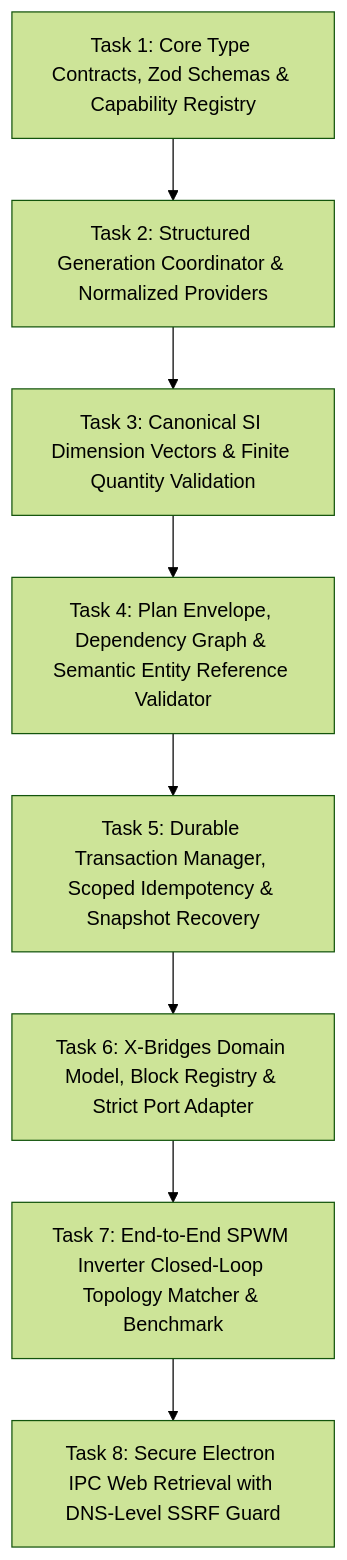
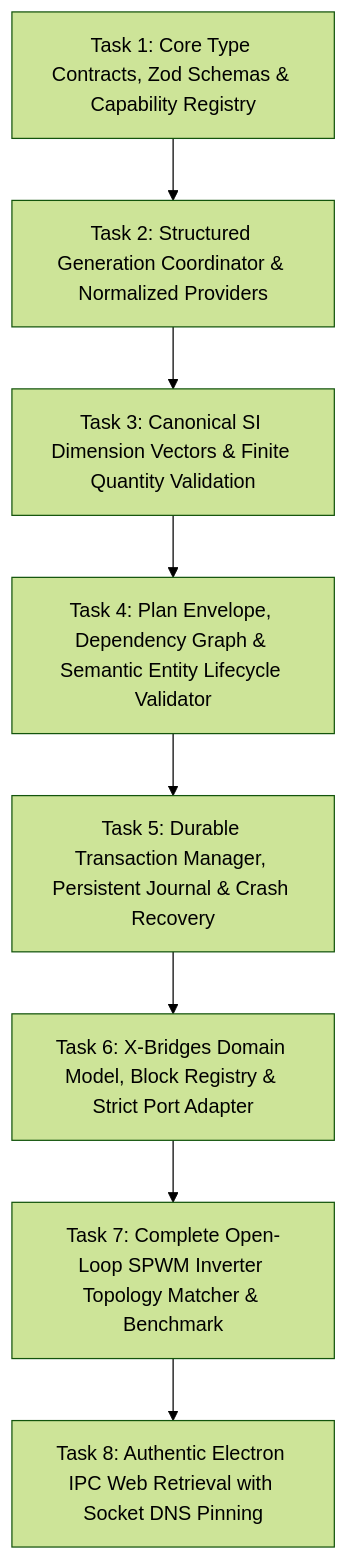
One commit to bassembiomy/ADAI- changed the diagram in docs/superpowers/plans/2026-08-18-adia-autonomous-ai-copilot.md. Above: the diagram before and after it, drawn with Mermaid (forest theme). The commit also changed other lines of this file, not shown here.

Commit message:
docs: finalize autonomous AI Copilot master implementation plan v3.2 with persistent journaling, 10-connection inverter topology matcher, and authentic Electron IPC retrieval

````diff
--- a/docs/superpowers/plans/2026-08-18-adia-autonomous-ai-copilot.md
+++ b/docs/superpowers/plans/2026-08-18-adia-autonomous-ai-copilot.md
@@ -31,10 +31,10 @@
 ```mermaid
 flowchart TD
     T1["Task 1: Core Type Contracts, Zod Schemas & Capability Registry"] --> T2["Task 2: Structured Generation Coordinator & Normalized Providers"]
     T2 --> T3["Task 3: Canonical SI Dimension Vectors & Finite Quantity Validation"]
-    T3 --> T4["Task 4: Plan Envelope, Dependency Graph & Semantic Entity Reference Validator"]
-    T4 --> T5["Task 5: Durable Transaction Manager, Scoped Idempotency & Snapshot Recovery"]
+    T3 --> T4["Task 4: Plan Envelope, Dependency Graph & Semantic Entity Lifecycle Validator"]
+    T4 --> T5["Task 5: Durable Transaction Manager, Persistent Journal & Crash Recovery"]
     T5 --> T6["Task 6: X-Bridges Domain Model, Block Registry & Strict Port Adapter"]
-    T6 --> T7["Task 7: End-to-End SPWM Inverter Closed-Loop Topology Matcher & Benchmark"]
-    T7 --> T8["Task 8: Secure Electron IPC Web Retrieval with DNS-Level SSRF Guard"]
+    T6 --> T7["Task 7: Complete Open-Loop SPWM Inverter Topology Matcher & Benchmark"]
+    T7 --> T8["Task 8: Authentic Electron IPC Web Retrieval with Socket DNS Pinning"]
 ```
````
